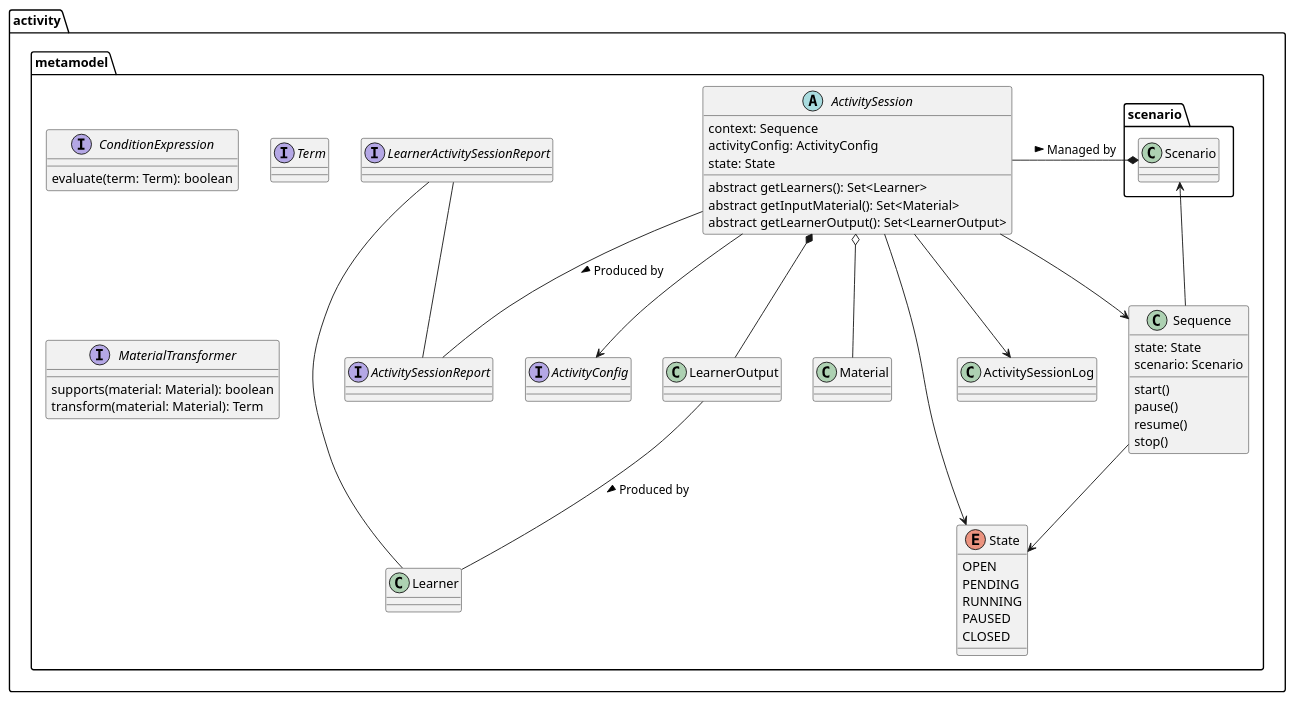
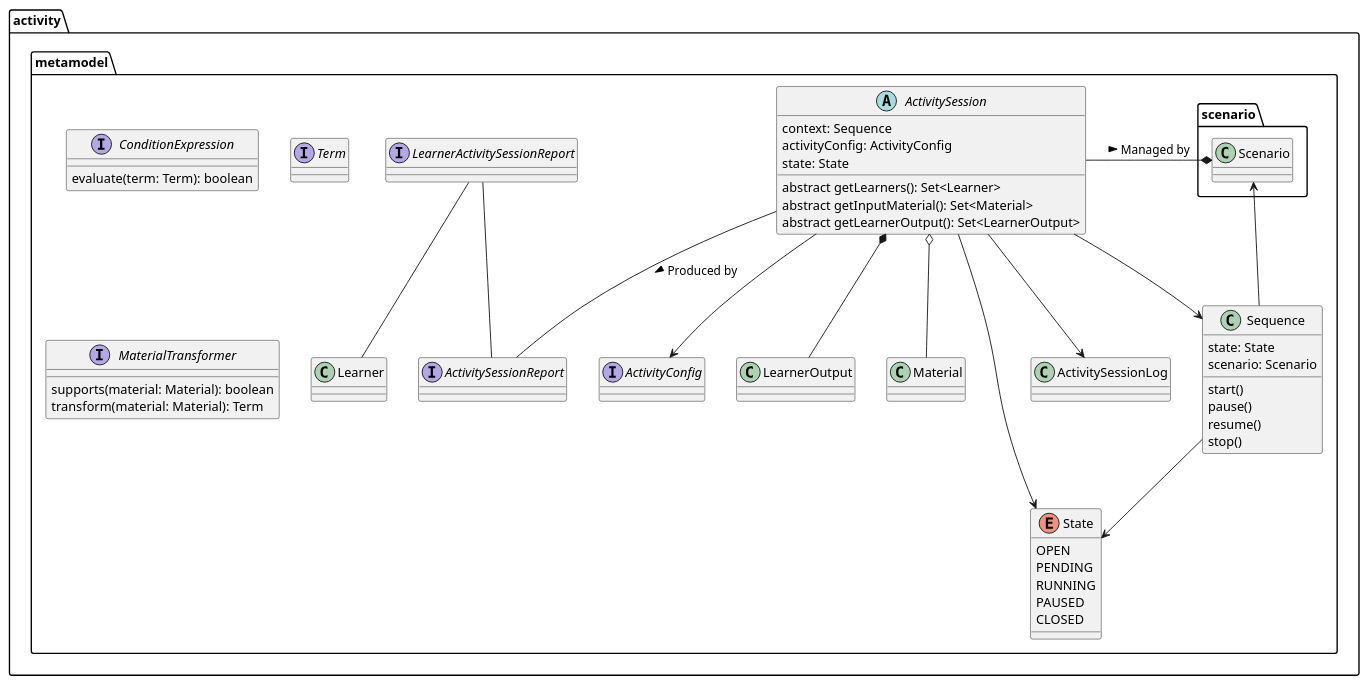
One commit to elaastic/ElaastiX changed the diagram in docs/technical/uml/activity-metamodel.puml. Above: the diagram before and after it, drawn with PlantUML. The commit also changed 3 other files, not shown here.

```diff
--- a/docs/technical/uml/activity-metamodel.puml
+++ b/docs/technical/uml/activity-metamodel.puml
@@ -1,68 +1,66 @@
 @startuml
 'https://plantuml.com/class-diagram
 
 'TODO: cleanup, and move + adapt to new structure in ./metamodel/
 
 package activity.metamodel {
 	class Sequence {
 		state: State
 		scenario: Scenario
 		start()
 		pause()
 		resume()
 		stop()
 	}
 
 	enum State {
 		OPEN
 		PENDING
 		RUNNING
 		PAUSED
 		CLOSED
 	}
 
 	Sequence --> State
 	Sequence --> scenario.Scenario
 
 	Scenario *- ActivitySession : Managed by <
 
 	abstract class ActivitySession {
 		context: Sequence
 		activityConfig: ActivityConfig
 		state: State
 		abstract getLearners(): Set<Learner>
 		abstract getInputMaterial(): Set<Material>
 		abstract getLearnerOutput(): Set<LearnerOutput>
 	}
 
 	class ActivitySessionLog
 
 	ActivitySession --> Sequence
 	ActivitySession -- ActivitySessionReport : Produced by >
 	ActivitySession --> State
 	ActivitySession --> ActivitySessionLog
 	ActivitySession --> ActivityConfig
 	ActivitySession *-- LearnerOutput
 	ActivitySession o-- Material
 
 	interface ActivitySessionReport
 	interface LearnerActivitySessionReport
 
 	LearnerActivitySessionReport -- Learner
 	LearnerActivitySessionReport -- ActivitySessionReport
 
 	interface ActivityConfig
 
-	LearnerOutput -- Learner : Produced by >
-
 	interface ConditionExpression {
 		evaluate(term: Term): boolean
 	}
 
 	interface Term
 
 	interface MaterialTransformer {
 		supports(material: Material): boolean
 		transform(material: Material): Term
 	}
 @enduml
```
